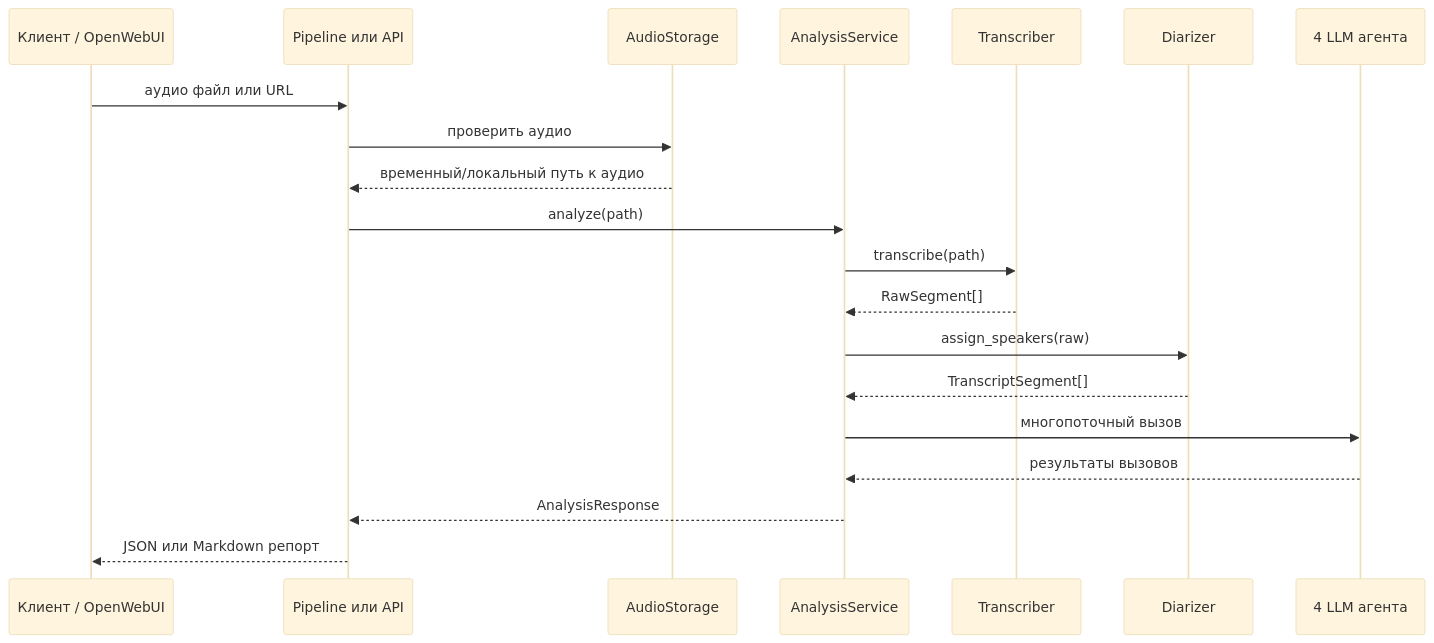
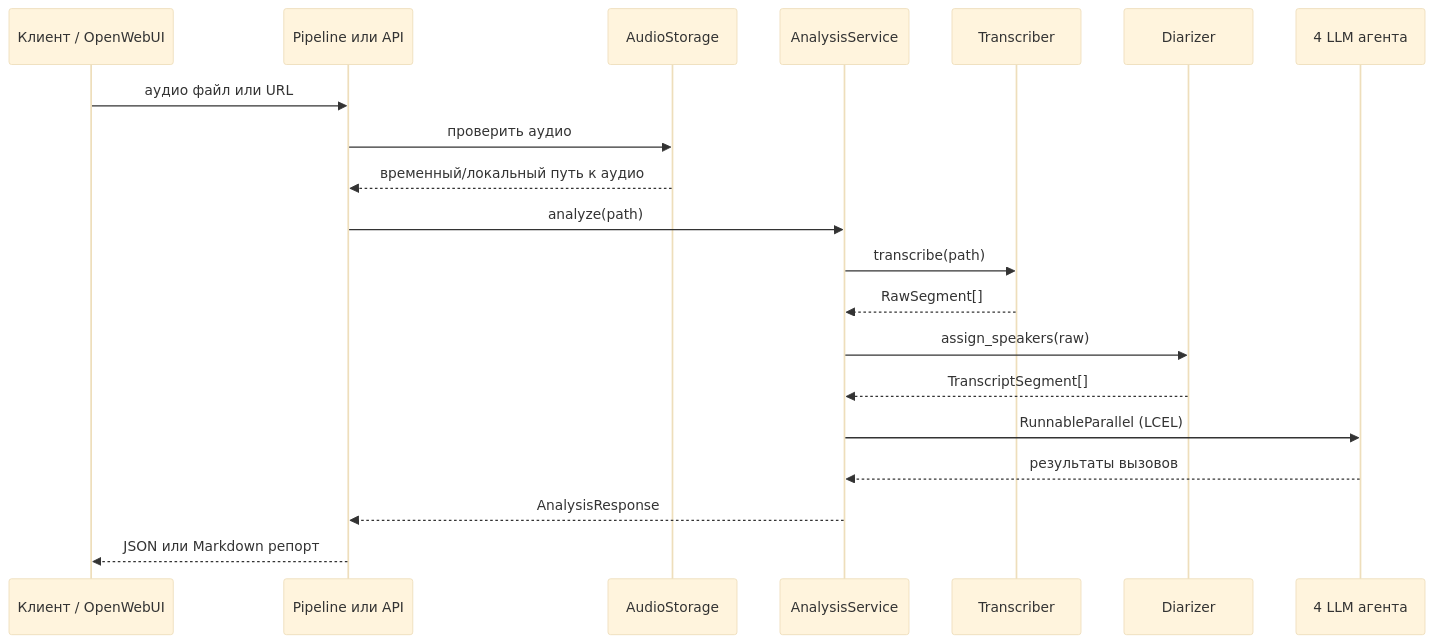
The second of 3 diagrams in README.md (vbuyel/mtbank-ai-hiring), drawn with Mermaid (base theme) before and after one commit. The commit also changed other lines of this file, not shown here.

````diff
--- a/README.md
+++ b/README.md
@@ -89,23 +90,23 @@
 ```mermaid
 sequenceDiagram
     participant Client as Клиент / OpenWebUI
     participant Entry as Pipeline или API
     participant Storage as AudioStorage
     participant Service as AnalysisService
     participant Whisper as Transcriber
     participant Diarizer as Diarizer
     participant Agents as 4 LLM агента
 
     Client->>Entry: аудио файл или URL
     Entry->>Storage: проверить аудио
     Storage-->>Entry: временный/локальный путь к аудио
     Entry->>Service: analyze(path)
     Service->>Whisper: transcribe(path)
     Whisper-->>Service: RawSegment[]
     Service->>Diarizer: assign_speakers(raw)
     Diarizer-->>Service: TranscriptSegment[]
-    Service->>Agents: многопоточный вызов
+    Service->>Agents: RunnableParallel (LCEL)
     Agents-->>Service: результаты вызовов
     Service-->>Entry: AnalysisResponse
     Entry-->>Client: JSON или Markdown репорт
 ```
````
